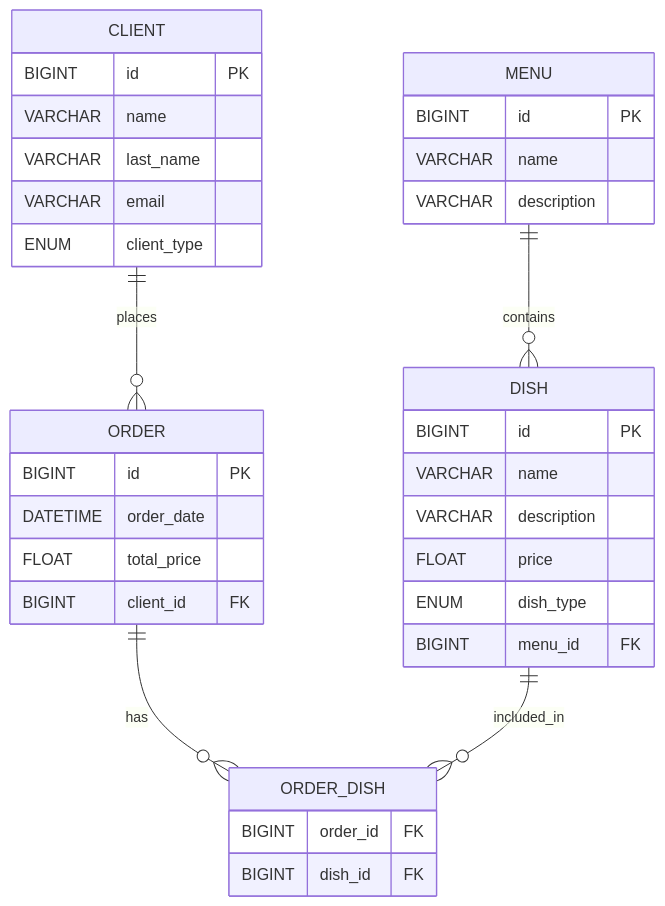
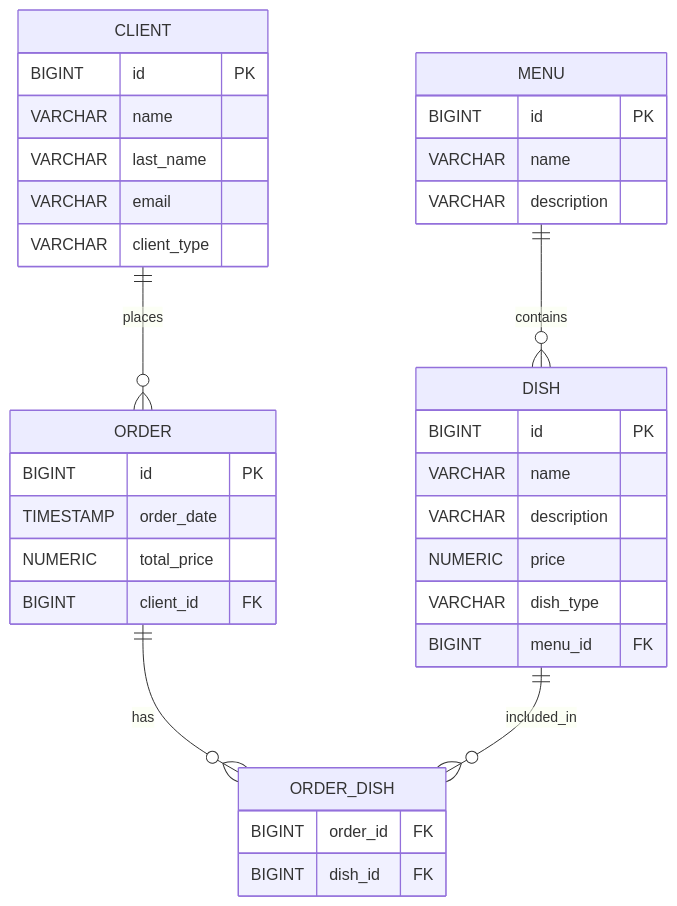
Before and after one commit to NahuLemesF/restaurant_management: the second of 2 diagrams in README.md, drawn with Mermaid. The commit also changed other lines of this file and 4 other files, not shown here.

````diff
--- a/README.md
+++ b/README.md
@@ -175,42 +175,42 @@
 ```mermaid
 erDiagram
     CLIENT {
         BIGINT id PK
         VARCHAR name
         VARCHAR last_name
         VARCHAR email
-        ENUM client_type
+        VARCHAR client_type
     }
 
     MENU {
         BIGINT id PK
         VARCHAR name
         VARCHAR description
     }
 
     DISH {
         BIGINT id PK
         VARCHAR name
         VARCHAR description
-        FLOAT price
-        ENUM dish_type
+        NUMERIC price
+        VARCHAR dish_type
         BIGINT menu_id FK
     }
 
     ORDER {
         BIGINT id PK
-        DATETIME order_date
-        FLOAT total_price
+        TIMESTAMP order_date
+        NUMERIC total_price
         BIGINT client_id FK
     }
 
     ORDER_DISH {
         BIGINT order_id FK
         BIGINT dish_id FK
     }
 
     CLIENT ||--o{ ORDER : places
     MENU ||--o{ DISH : contains
     ORDER ||--o{ ORDER_DISH : has
     DISH ||--o{ ORDER_DISH : included_in
 ```
````
